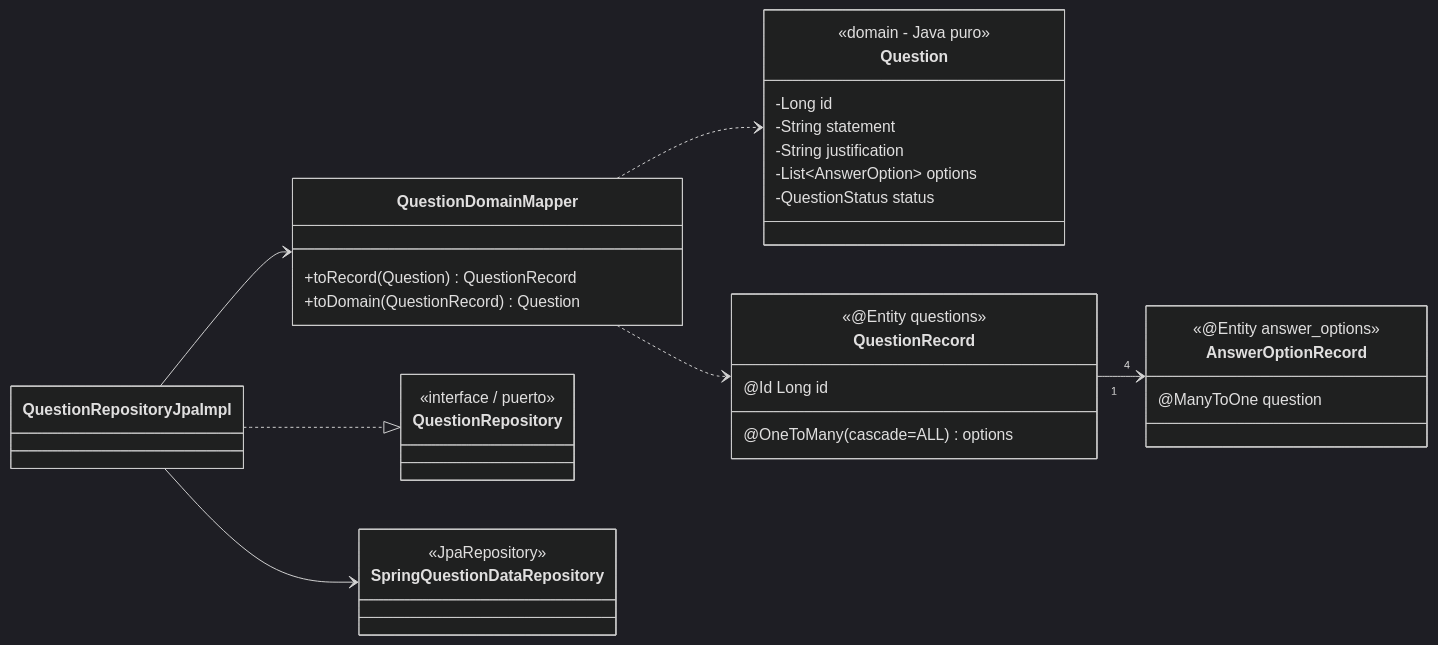
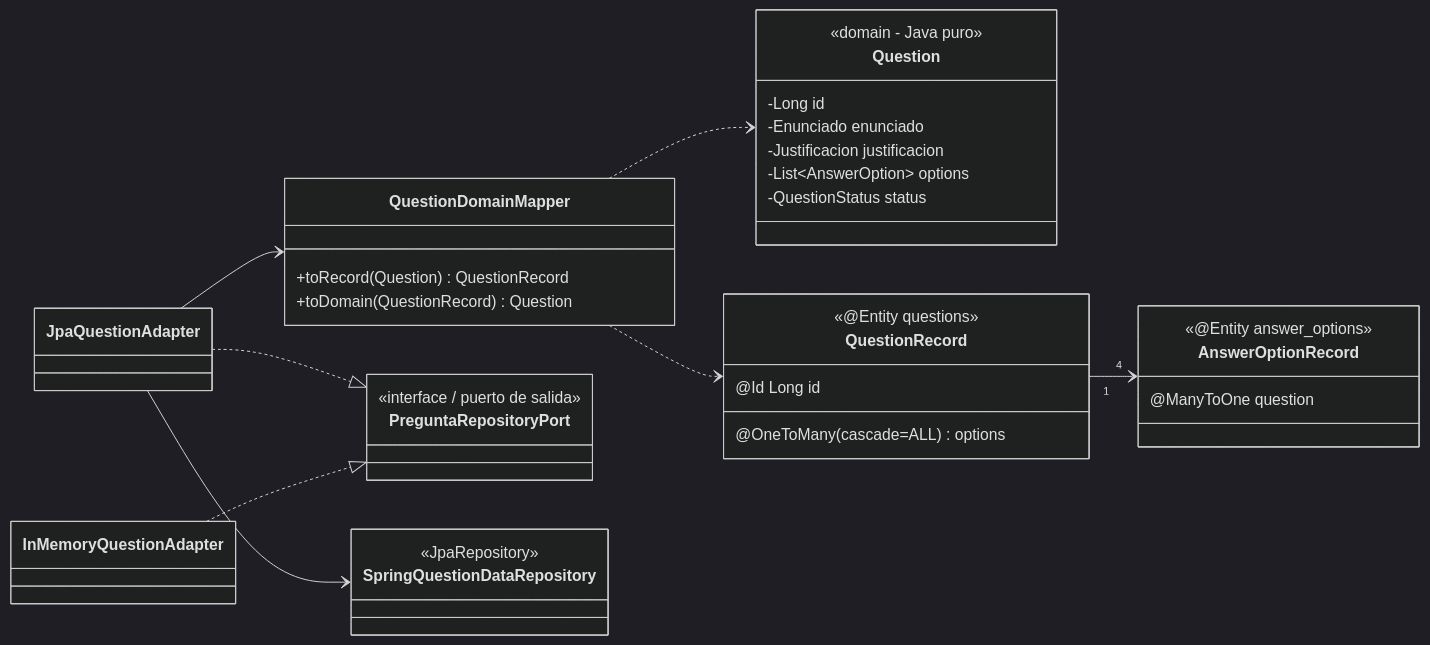
Before and after one commit to santyxswc/Lab_ing_softwareII: the fifth of 5 diagrams in saberpro-microservicios/README.md, drawn with Mermaid (dark theme). The commit also changed other lines of this file and 30 other files, not shown here.

````diff
--- a/saberpro-microservicios/README.md
+++ b/saberpro-microservicios/README.md
@@ -193,35 +215,37 @@
 ```mermaid
 classDiagram
     direction LR
     class Question {
       <<domain - Java puro>>
       -Long id
-      -String statement
-      -String justification
+      -Enunciado enunciado
+      -Justificacion justificacion
       -List~AnswerOption~ options
       -QuestionStatus status
     }
     class QuestionRecord {
       <<@Entity questions>>
       @Id Long id
       @OneToMany(cascade=ALL) options
     }
     class AnswerOptionRecord {
       <<@Entity answer_options>>
       @ManyToOne question
     }
     class QuestionDomainMapper {
       +toRecord(Question) QuestionRecord
       +toDomain(QuestionRecord) Question
     }
-    class QuestionRepository { <<interface / puerto>> }
-    class QuestionRepositoryJpaImpl
+    class PreguntaRepositoryPort { <<interface / puerto de salida>> }
+    class JpaQuestionAdapter
+    class InMemoryQuestionAdapter
     class SpringQuestionDataRepository { <<JpaRepository>> }
 
     QuestionRecord "1" --> "4" AnswerOptionRecord
-    QuestionRepositoryJpaImpl ..|> QuestionRepository
-    QuestionRepositoryJpaImpl --> SpringQuestionDataRepository
-    QuestionRepositoryJpaImpl --> QuestionDomainMapper
+    JpaQuestionAdapter ..|> PreguntaRepositoryPort
+    InMemoryQuestionAdapter ..|> PreguntaRepositoryPort
+    JpaQuestionAdapter --> SpringQuestionDataRepository
+    JpaQuestionAdapter --> QuestionDomainMapper
     QuestionDomainMapper ..> Question
     QuestionDomainMapper ..> QuestionRecord
 ```
````
